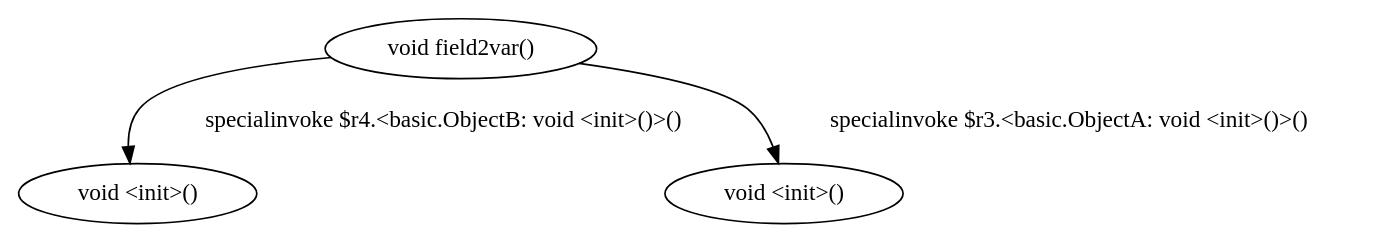
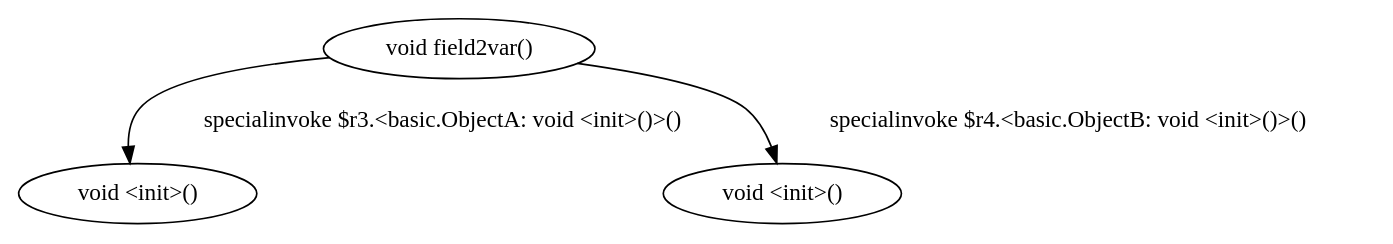
One commit to SeanCoek/zString changed the diagram in dot/<assignment.BasicAssignment: void field2var()>.dot. Above: the diagram before and after it, drawn with Graphviz. The commit also changed other lines of this file and 351 other files, not shown here.

```diff
--- a/dot/<assignment.BasicAssignment: void field2var()>.dot
+++ b/dot/<assignment.BasicAssignment: void field2var()>.dot
@@ -1,7 +1,7 @@
 digraph g {
 0[label="void field2var()"]
+2[label="void <init>()"]
 1[label="void <init>()"]
-2[label="void <init>()"]
 0->1[label="specialinvoke $r4.<basic.ObjectB: void <init>()>()"]
 0->2[label="specialinvoke $r3.<basic.ObjectA: void <init>()>()"]
 }
```
